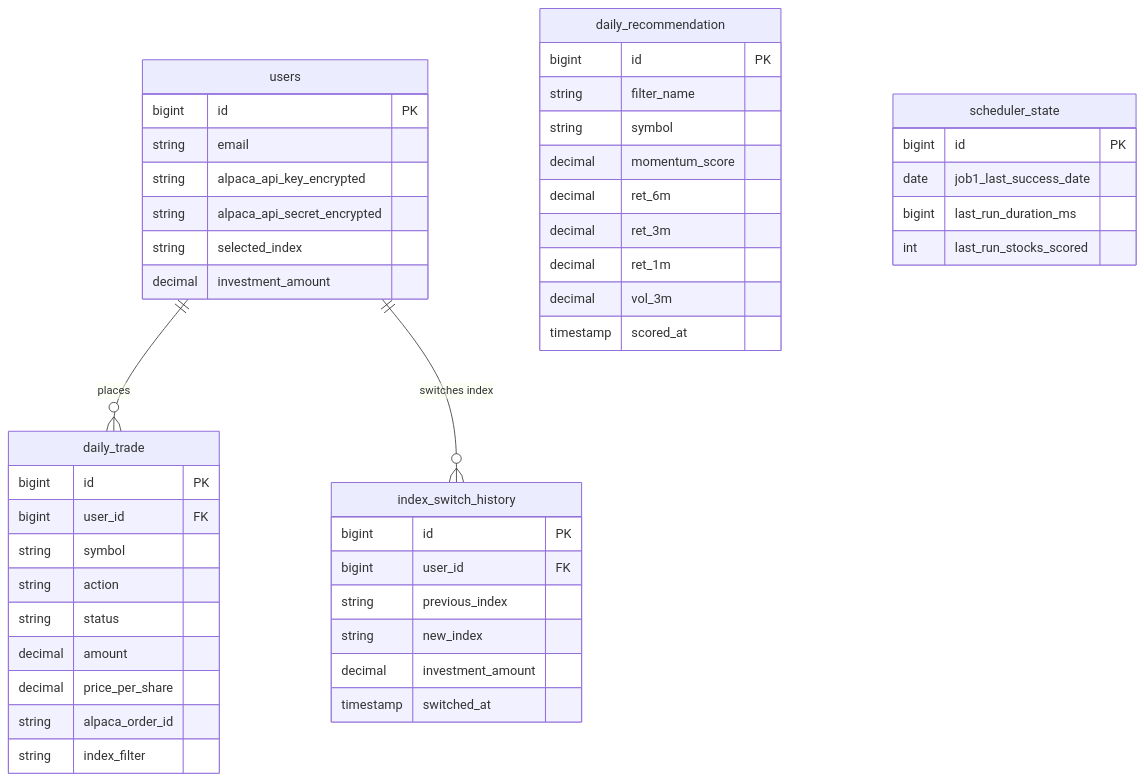
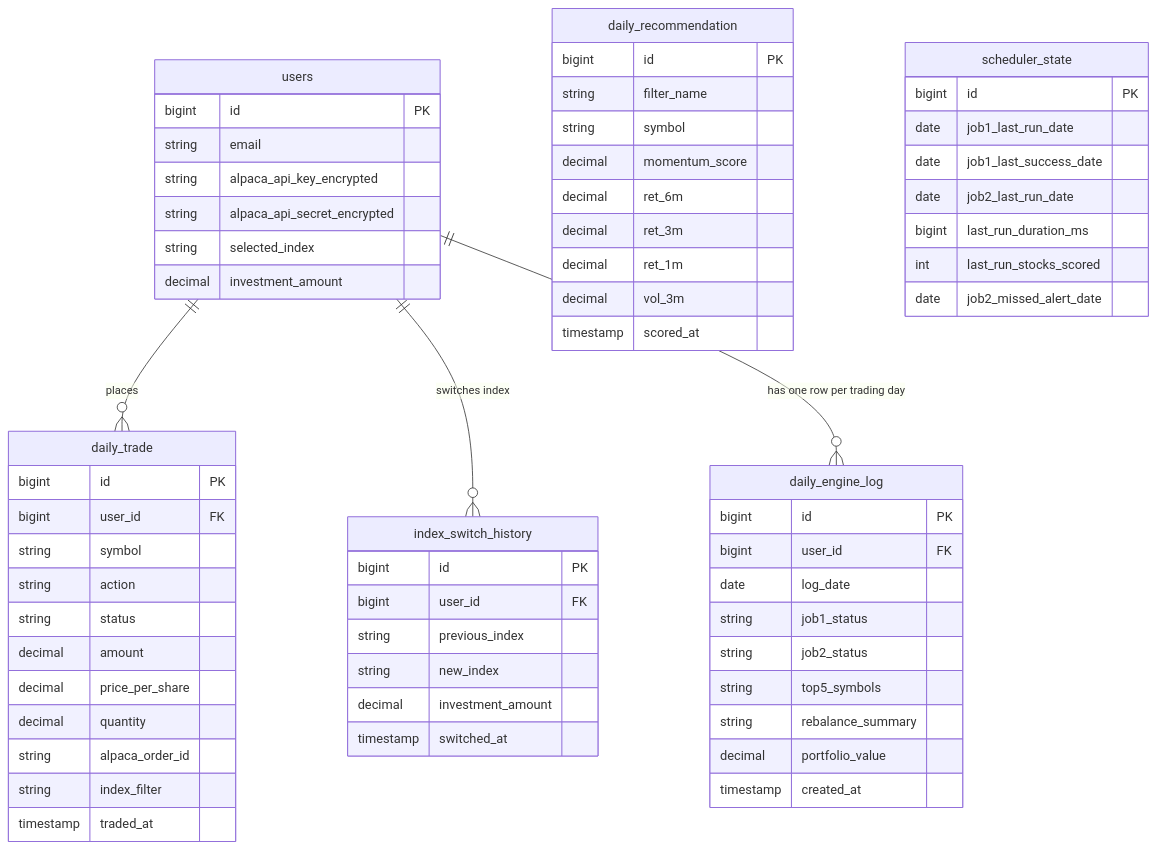
One commit to shivam-tamboli/momentum-trading-system changed the fourth of 5 diagrams in ARCHITECTURE.md. Above: the diagram before and after it, drawn with Mermaid. The commit also changed other lines of this file and 4 other files, not shown here.

````diff
--- a/ARCHITECTURE.md
+++ b/ARCHITECTURE.md
@@ -99,50 +100,67 @@
 ```mermaid
 erDiagram
     users ||--o{ daily_trade : "places"
     users ||--o{ index_switch_history : "switches index"
+    users ||--o{ daily_engine_log : "has one row per trading day"
 
     users {
         bigint id PK
         string email
         string alpaca_api_key_encrypted
         string alpaca_api_secret_encrypted
         string selected_index
         decimal investment_amount
     }
     daily_recommendation {
         bigint id PK
         string filter_name
         string symbol
         decimal momentum_score
         decimal ret_6m
         decimal ret_3m
         decimal ret_1m
         decimal vol_3m
         timestamp scored_at
     }
     daily_trade {
         bigint id PK
         bigint user_id FK
         string symbol
         string action
         string status
         decimal amount
         decimal price_per_share
+        decimal quantity
         string alpaca_order_id
         string index_filter
+        timestamp traded_at
     }
     index_switch_history {
         bigint id PK
         bigint user_id FK
         string previous_index
         string new_index
         decimal investment_amount
         timestamp switched_at
     }
+    daily_engine_log {
+        bigint id PK
+        bigint user_id FK
+        date log_date
+        string job1_status
+        string job2_status
+        string top5_symbols
+        string rebalance_summary
+        decimal portfolio_value
+        timestamp created_at
+    }
     scheduler_state {
         bigint id PK
+        date job1_last_run_date
         date job1_last_success_date
+        date job2_last_run_date
         bigint last_run_duration_ms
         int last_run_stocks_scored
+        date job2_missed_alert_date
     }
 ```
````
